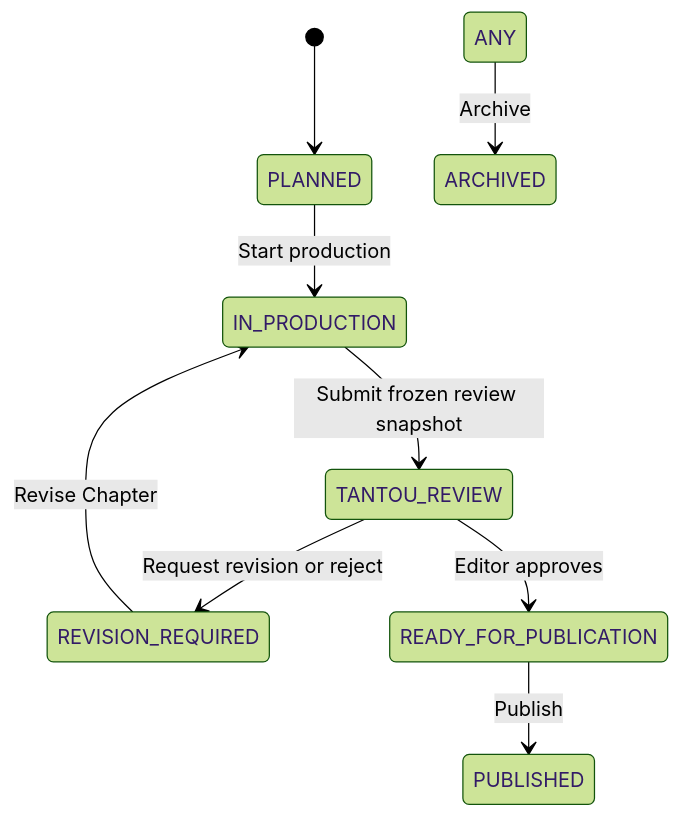
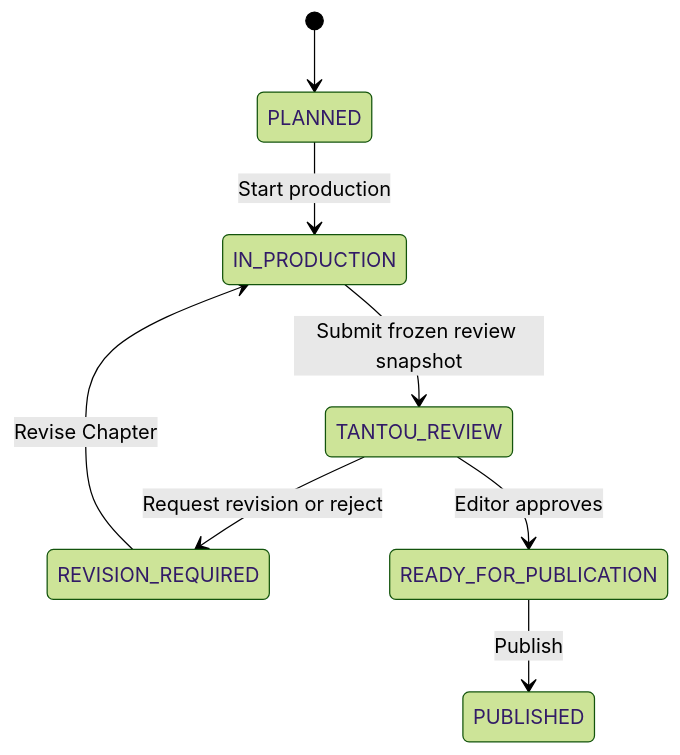
The third of 7 diagrams in BUSINESS_CANONICAL_FLOW.md (ntu254/MangaFlow), drawn with Mermaid (forest theme) before and after one commit. The commit also changed other lines of this file and 42 other files, not shown here.

Commit message:
docs: align canonical business flows and ai-service specs

````diff
--- a/BUSINESS_CANONICAL_FLOW.md
+++ b/BUSINESS_CANONICAL_FLOW.md
@@ -239,11 +232,10 @@
 ```mermaid
 stateDiagram-v2
   [*] --> PLANNED
   PLANNED --> IN_PRODUCTION: Start production
   IN_PRODUCTION --> TANTOU_REVIEW: Submit frozen review snapshot
   TANTOU_REVIEW --> REVISION_REQUIRED: Request revision or reject
   REVISION_REQUIRED --> IN_PRODUCTION: Revise Chapter
   TANTOU_REVIEW --> READY_FOR_PUBLICATION: Editor approves
   READY_FOR_PUBLICATION --> PUBLISHED: Publish
-  ANY --> ARCHIVED: Archive
 ```
````
